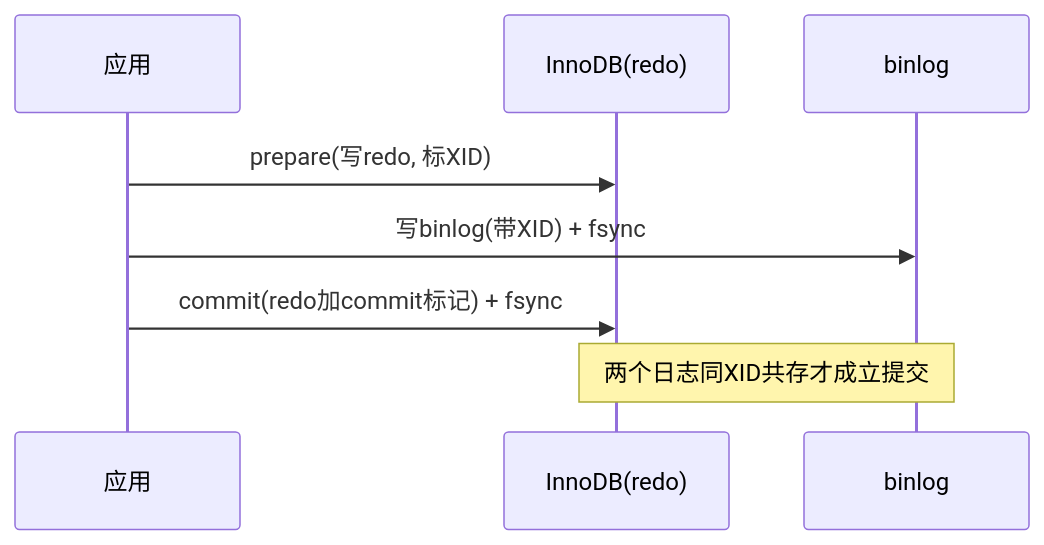
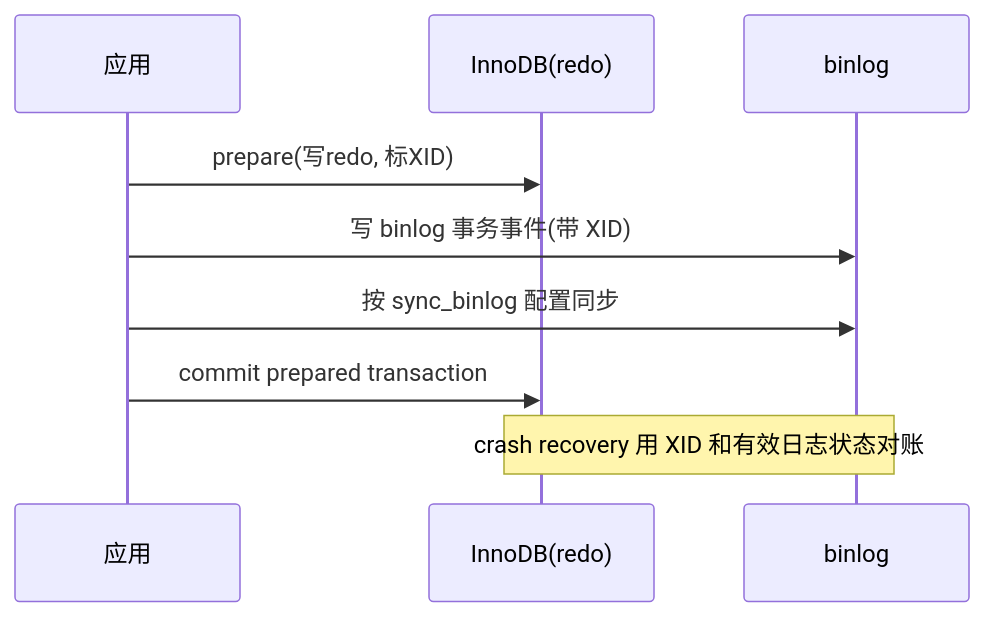
One commit to MoreConsequence/MoreConsequence.github.io changed the second of 3 diagrams in content/posts/mysql-redo-undo-binlog.md. Above: the diagram before and after it, drawn with Mermaid. The commit also changed other lines of this file and 263 other files, not shown here.

````diff
--- a/content/posts/mysql-redo-undo-binlog.md
+++ b/content/posts/mysql-redo-undo-binlog.md
@@ -58,10 +61,11 @@
 ```mermaid
 sequenceDiagram
     participant App as 应用
     participant IE as InnoDB(redo)
     participant BL as binlog
     App->>IE: prepare(写redo, 标XID)
-    App->>BL: 写binlog(带XID) + fsync
-    App->>IE: commit(redo加commit标记) + fsync
-    Note over IE,BL: 两个日志同XID共存才成立提交
+    App->>BL: 写 binlog 事务事件(带 XID)
+    App->>BL: 按 sync_binlog 配置同步
+    App->>IE: commit prepared transaction
+    Note over IE,BL: crash recovery 用 XID 和有效日志状态对账
 ```
````
